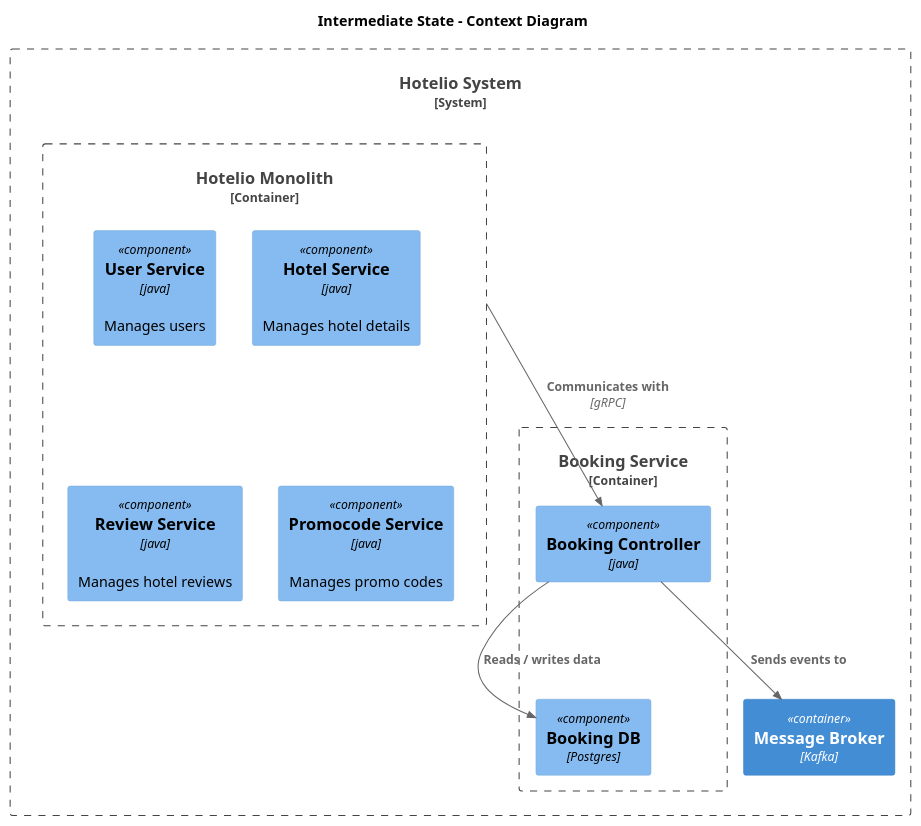
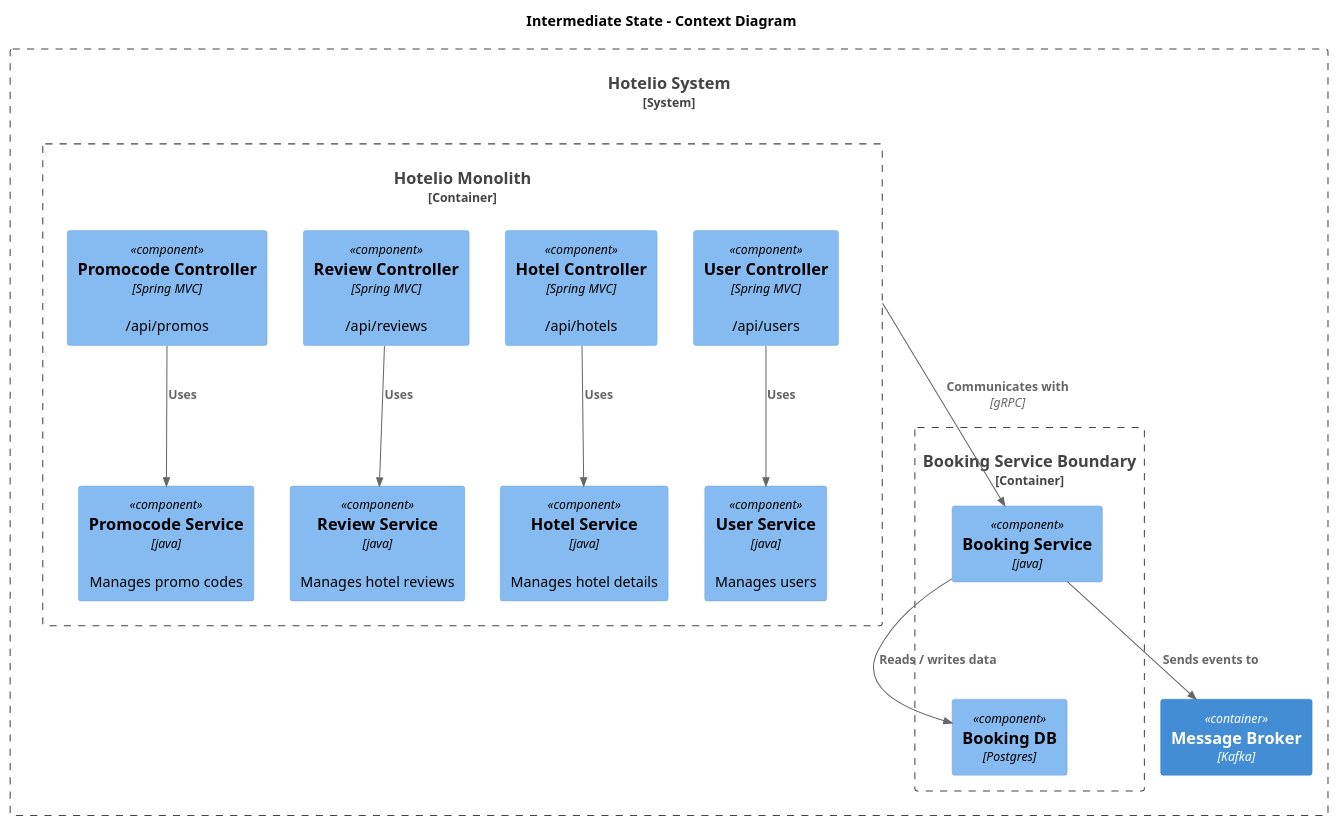
Before and after one commit to WowSoLaggy/msa-sprint2: the diagram in tasks/task1/results/context_02.puml, drawn with PlantUML. The commit also changed 3 other files, not shown here.

```diff
--- a/tasks/task1/results/context_02.puml
+++ b/tasks/task1/results/context_02.puml
@@ -1,30 +1,41 @@
 @startuml context_02.puml
 title Intermediate State - Context Diagram
 
 !includeurl https://raw.githubusercontent.com/RicardoNiepel/C4-PlantUML/master/C4_Component.puml
 
 
 ' Systems
 
 System_Boundary(hotelio_boundary, "Hotelio System") {
   Container_Boundary(hotelio_monolith, "Hotelio Monolith") {
+    Component(user_ctl, "User Controller", "Spring MVC", "/api/users")
+    Component(hotel_ctl, "Hotel Controller", "Spring MVC", "/api/hotels")
+    Component(review_ctl, "Review Controller", "Spring MVC", "/api/reviews")
+    Component(promocode_ctl, "Promocode Controller", "Spring MVC", "/api/promos")
+
     Component(user_service, "User Service", "java", "Manages users")
     Component(hotel_service, "Hotel Service", "java", "Manages hotel details")
     Component(review_service, "Review Service", "java", "Manages hotel reviews")
     Component(promocode_service, "Promocode Service", "java", "Manages promo codes")
+
+    Rel_D(user_ctl, user_service, "Uses")
+    Rel_D(hotel_ctl, hotel_service, "Uses")
+    Rel_D(review_ctl, review_service, "Uses")
+    Rel_D(promocode_ctl, promocode_service, "Uses")
   }
 
   Container(broker, "Message Broker", "Kafka")
 
-  Container_Boundary(booking_service, "Booking Service") {
-    Component(booking_ctl, "Booking Controller", "java")
+  Container_Boundary(booking_service_boundary, "Booking Service Boundary") {
+    Component(booking_service, "Booking Service", "java")
     Component(booking_db, "Booking DB", "Postgres")
-    Rel(booking_ctl, booking_db, "Reads / writes data")
+
+    Rel_D(booking_service, booking_db, "Reads / writes data")
   }
 
-  Rel(hotelio_monolith, booking_ctl, "Communicates with", "gRPC")
+  Rel(hotelio_monolith, booking_service, "Communicates with", "gRPC")
 
-  Rel(booking_ctl, broker, "Sends events to")
+  Rel(booking_service, broker, "Sends events to")
 }
 
 @enduml
```
